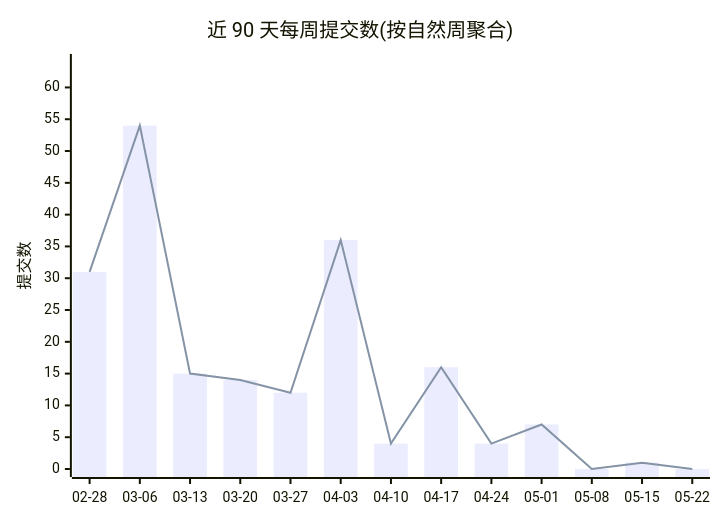
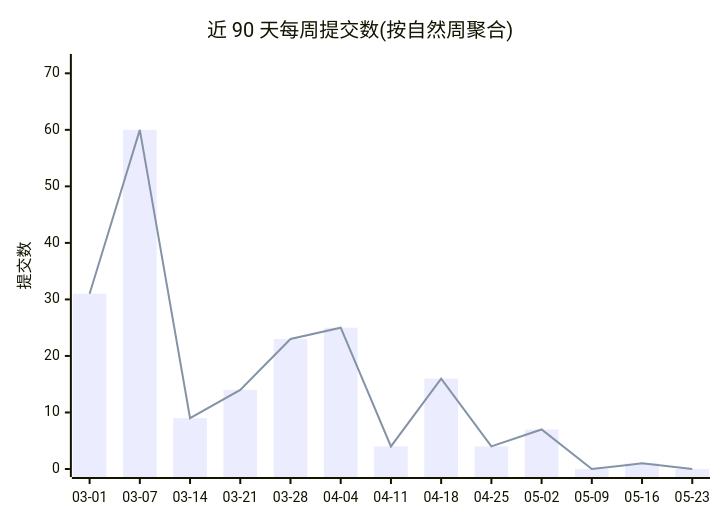
The first of 2 diagrams in profile/README.md (Conflux-Union/.github), drawn with Mermaid before and after one commit. The commit also changed other lines of this file and 1 other file, not shown here.

Commit message:
chore(stats): refresh org commit stats

````diff
--- a/profile/README.md
+++ b/profile/README.md
@@ -44,8 +44,8 @@
 ```mermaid
 xychart-beta
     title "近 90 天每周提交数(按自然周聚合)"
-    x-axis ["02-28", "03-06", "03-13", "03-20", "03-27", "04-03", "04-10", "04-17", "04-24", "05-01", "05-08", "05-15", "05-22"]
-    y-axis "提交数" 0 --> 64
-    bar [31, 54, 15, 14, 12, 36, 4, 16, 4, 7, 0, 1, 0]
-    line [31, 54, 15, 14, 12, 36, 4, 16, 4, 7, 0, 1, 0]
+    x-axis ["03-01", "03-07", "03-14", "03-21", "03-28", "04-04", "04-11", "04-18", "04-25", "05-02", "05-09", "05-16", "05-23"]
+    y-axis "提交数" 0 --> 72
+    bar [31, 60, 9, 14, 23, 25, 4, 16, 4, 7, 0, 1, 0]
+    line [31, 60, 9, 14, 23, 25, 4, 16, 4, 7, 0, 1, 0]
 ```
````
